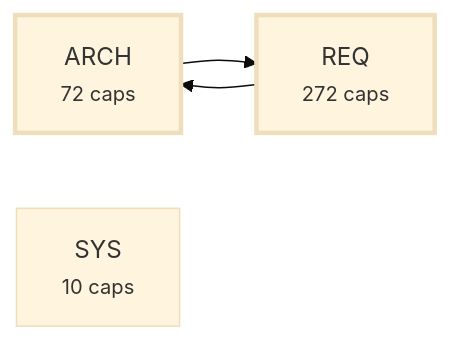
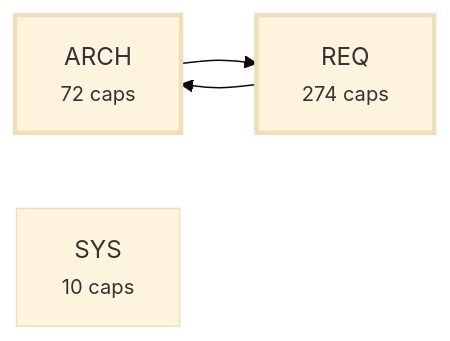
Before and after one commit to alxmax/Requirement-manager: the third of 4 diagrams in plugin/requirements/_map.md, drawn with Mermaid (base theme). The commit also changed other lines of this file and 52 other files, not shown here.

````diff
--- a/plugin/requirements/_map.md
+++ b/plugin/requirements/_map.md
@@ -1164,10 +1170,10 @@
 ```mermaid
 graph LR
   a_ARCH["ARCH<br><small>72 caps</small>"]
-  a_REQ["REQ<br><small>272 caps</small>"]
+  a_REQ["REQ<br><small>274 caps</small>"]
   a_SYS["SYS<br><small>10 caps</small>"]
   a_ARCH --> a_REQ
   a_REQ --> a_ARCH
   style a_ARCH stroke-width:3px
   style a_REQ stroke-width:3px
 ```
````
